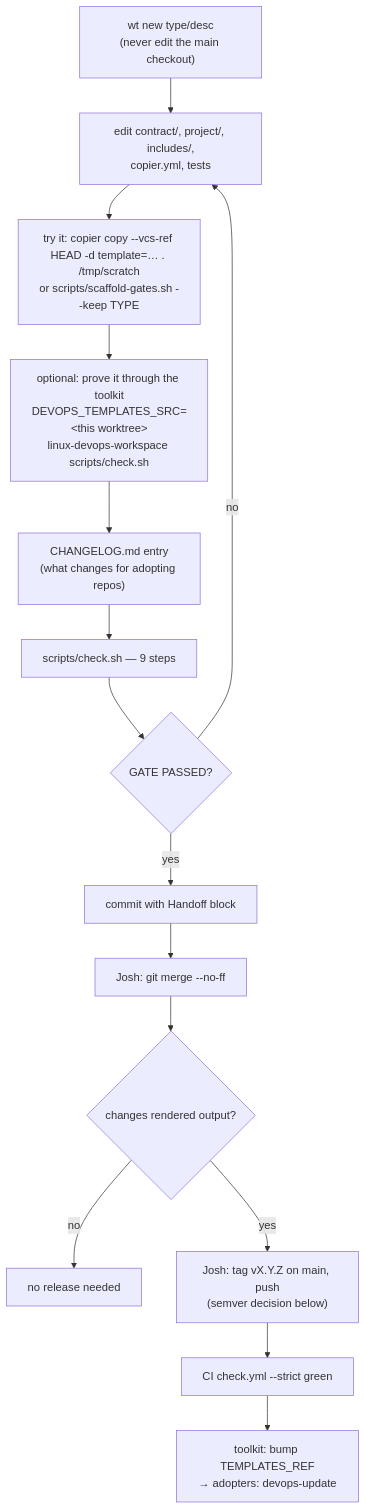
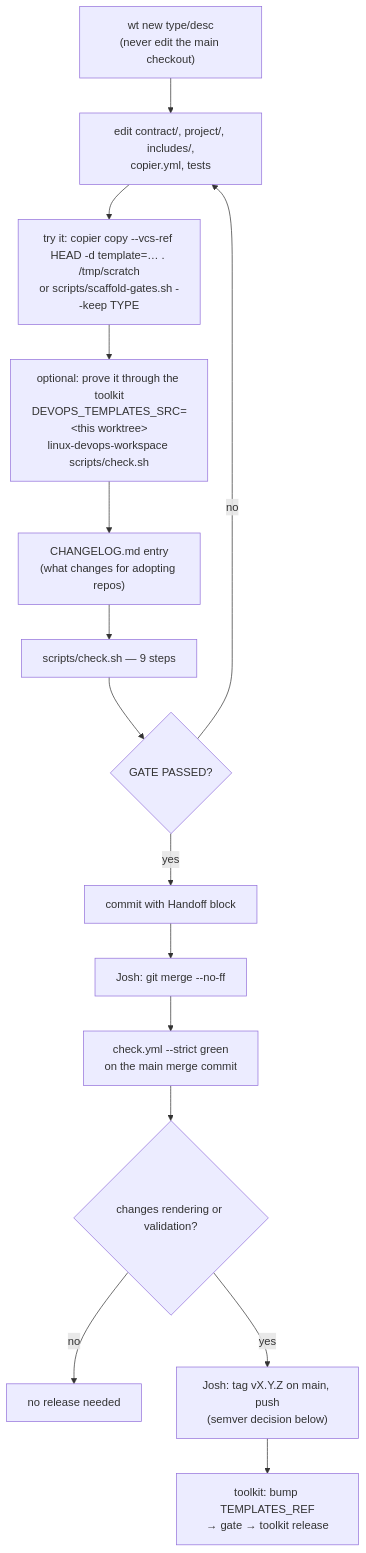
Before and after one commit to djfiend/devops-templates: the third of 6 diagrams in docs/operations.md, drawn with Mermaid. The commit also changed other lines of this file and 1 other file, not shown here.

````diff
--- a/docs/operations.md
+++ b/docs/operations.md
@@ -68,17 +68,17 @@
 ```mermaid
 flowchart TD
     A["wt new type/desc<br/>(never edit the main checkout)"] --> B["edit contract/, project/, includes/,<br/>copier.yml, tests"]
     B --> C["try it: copier copy --vcs-ref HEAD -d template=… . /tmp/scratch<br/>or scripts/scaffold-gates.sh --keep TYPE"]
     C --> D["optional: prove it through the toolkit<br/>DEVOPS_TEMPLATES_SRC=&lt;this worktree&gt;<br/>linux-devops-workspace scripts/check.sh"]
     D --> E["CHANGELOG.md entry<br/>(what changes for adopting repos)"]
     E --> F["scripts/check.sh — 9 steps"]
     F --> G{"GATE PASSED?"}
     G -- no --> B
     G -- yes --> H["commit with Handoff block"]
     H --> I["Josh: git merge --no-ff"]
-    I --> J{"changes rendered output?"}
+    I --> CI["check.yml --strict green<br/>on the main merge commit"]
+    CI --> J{"changes rendering or validation?"}
     J -- no --> K["no release needed"]
     J -- yes --> L["Josh: tag vX.Y.Z on main, push<br/>(semver decision below)"]
-    L --> M["CI check.yml --strict green"]
-    M --> N["toolkit: bump TEMPLATES_REF<br/>→ adopters: devops-update"]
+    L --> N["toolkit: bump TEMPLATES_REF<br/>→ gate → toolkit release"]
 ```
````
